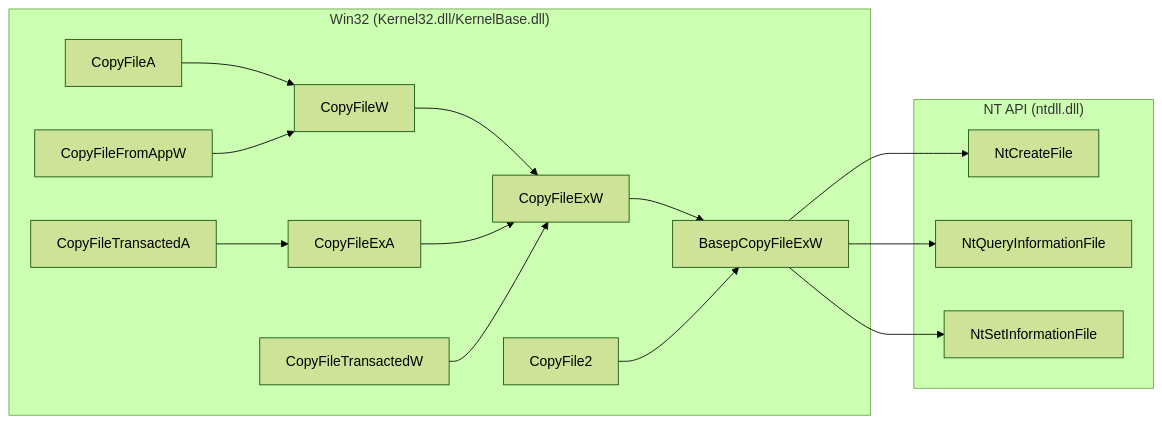
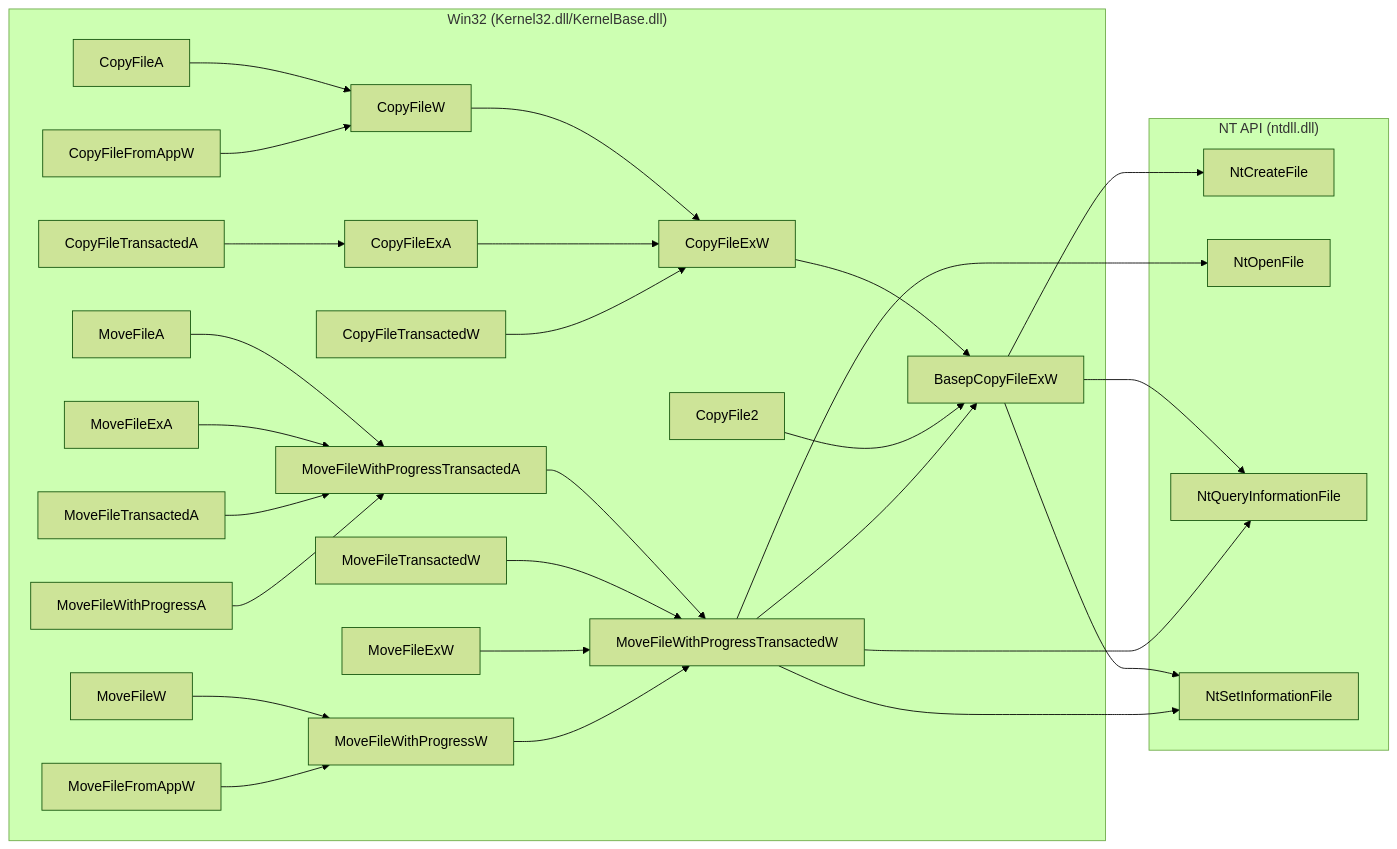
The sixth of 11 diagrams in docs/index.md (Sewer56/vfs-writeup), drawn with Mermaid (forest theme) before and after one commit. The commit also changed other lines of this file, not shown here.

Commit message:
Added: MoveFile APIs

````diff
--- a/docs/index.md
+++ b/docs/index.md
@@ -504,33 +504,59 @@
 ```mermaid
 flowchart LR
     subgraph Win32["Win32 (Kernel32.dll/KernelBase.dll)"]
     CopyFileA
     CopyFileW
     CopyFile2
     CopyFileExA
     CopyFileExW
     CopyFileFromAppW
     CopyFileTransactedA
     CopyFileTransactedW
+    MoveFileA
+    MoveFileW
+    MoveFileExA
+    MoveFileExW
+    MoveFileWithProgressA
+    MoveFileWithProgressW
+    MoveFileTransactedA
+    MoveFileTransactedW
+    MoveFileWithProgressTransactedA
+    MoveFileWithProgressTransactedW
+    MoveFileFromAppW
     BasepCopyFileExW
 
     CopyFileA --> CopyFileW
     CopyFileW --> CopyFileExW
     CopyFileExA --> CopyFileExW
     CopyFileExW --> BasepCopyFileExW
     CopyFile2 --> BasepCopyFileExW
     CopyFileFromAppW --> CopyFileW
     CopyFileTransactedA --> CopyFileExA
     CopyFileTransactedW --> CopyFileExW
+    MoveFileA --> MoveFileWithProgressTransactedA
+    MoveFileWithProgressTransactedA --> MoveFileWithProgressTransactedW
+    MoveFileExA --> MoveFileWithProgressTransactedA
+    MoveFileTransactedA --> MoveFileWithProgressTransactedA
+    MoveFileTransactedW --> MoveFileWithProgressTransactedW
+    MoveFileW --> MoveFileWithProgressW
+    MoveFileWithProgressA --> MoveFileWithProgressTransactedA
+    MoveFileExW --> MoveFileWithProgressTransactedW
+    MoveFileFromAppW --> MoveFileWithProgressW
+    MoveFileWithProgressW --> MoveFileWithProgressTransactedW
+    MoveFileWithProgressTransactedW --> BasepCopyFileExW
     end
 
     subgraph NT["NT API (ntdll.dll)"]
     NtCreateFile
+    NtOpenFile
     NtQueryInformationFile
     NtSetInformationFile
 
     BasepCopyFileExW --> NtCreateFile
     BasepCopyFileExW --> NtQueryInformationFile
     BasepCopyFileExW --> NtSetInformationFile
+    MoveFileWithProgressTransactedW --> NtOpenFile
+    MoveFileWithProgressTransactedW --> NtQueryInformationFile
+    MoveFileWithProgressTransactedW --> NtSetInformationFile
     end
 ```
````
